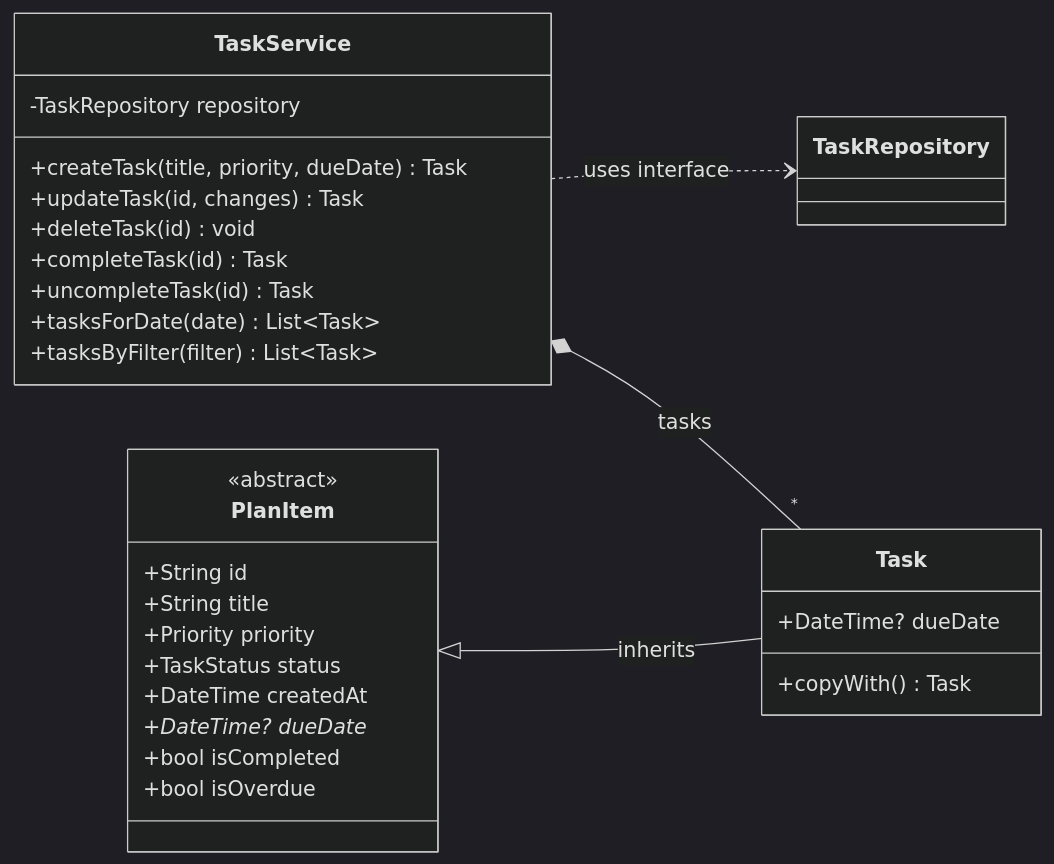
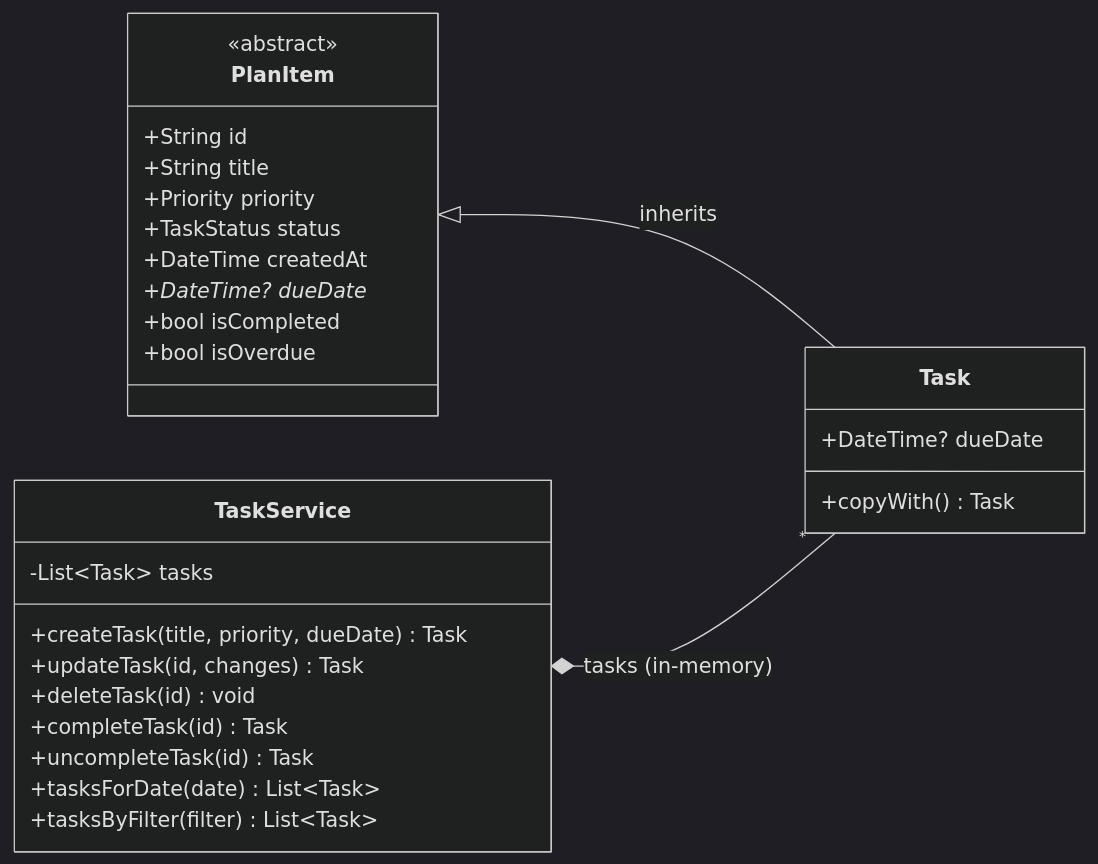
Before and after one commit to Ryuo-chhi/TaskStella: the first of 7 diagrams in docs/04-services-and-rules.md, drawn with Mermaid (dark theme). The commit also changed other lines of this file and 33 other files, not shown here.

````diff
--- a/docs/04-services-and-rules.md
+++ b/docs/04-services-and-rules.md
@@ -27,36 +30,35 @@
 ```mermaid
 classDiagram
     direction LR
 
     class TaskService {
-        -TaskRepository repository
+        -List~Task~ tasks
         +createTask(title, priority, dueDate) Task
         +updateTask(id, changes) Task
         +deleteTask(id) void
         +completeTask(id) Task
         +uncompleteTask(id) Task
         +tasksForDate(date) List~Task~
         +tasksByFilter(filter) List~Task~
     }
 
     class PlanItem {
         <<abstract>>
         +String id
         +String title
         +Priority priority
         +TaskStatus status
         +DateTime createdAt
         +DateTime? dueDate*
         +bool isCompleted
         +bool isOverdue
     }
 
     class Task {
         +DateTime? dueDate
         +copyWith() Task
     }
 
     PlanItem <|-- Task : inherits
-    TaskService ..> TaskRepository : uses interface
-    TaskService *-- "*" Task : tasks
+    TaskService *-- "*" Task : tasks (in-memory)
 ```
````
